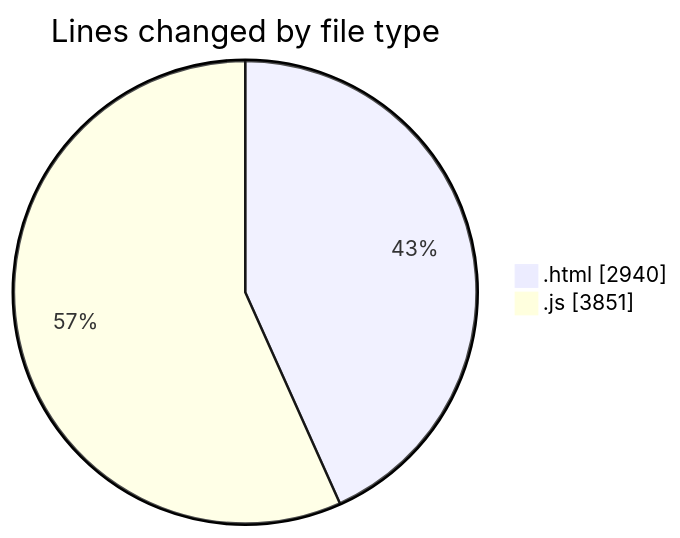
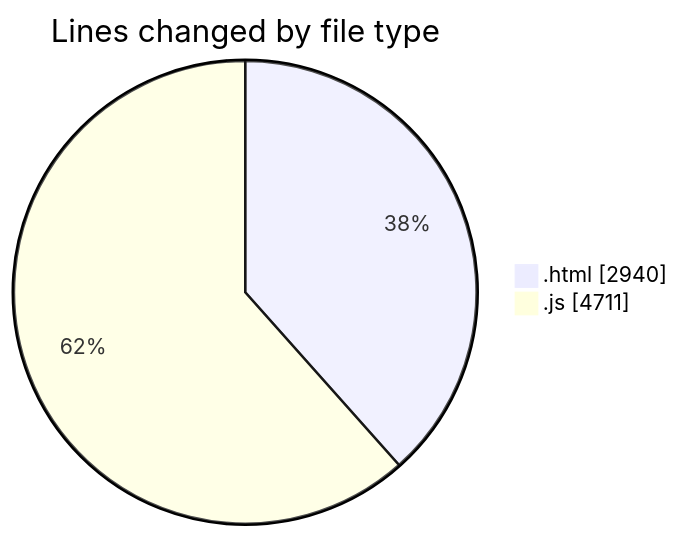
One commit to becaeroporto-bot/code-tracking changed the first of 2 diagrams in 2026-02-19/bot_v1_2/README.md. Above: the diagram before and after it, drawn with Mermaid. The commit also changed other lines of this file and 1 other file, not shown here.

````diff
--- a/2026-02-19/bot_v1_2/README.md
+++ b/2026-02-19/bot_v1_2/README.md
@@ -28,6 +28,6 @@
 ```mermaid
 pie showData
 title Lines changed by file type
 ".html" : 2940
-".js" : 3851
+".js" : 4711
 ```
````
